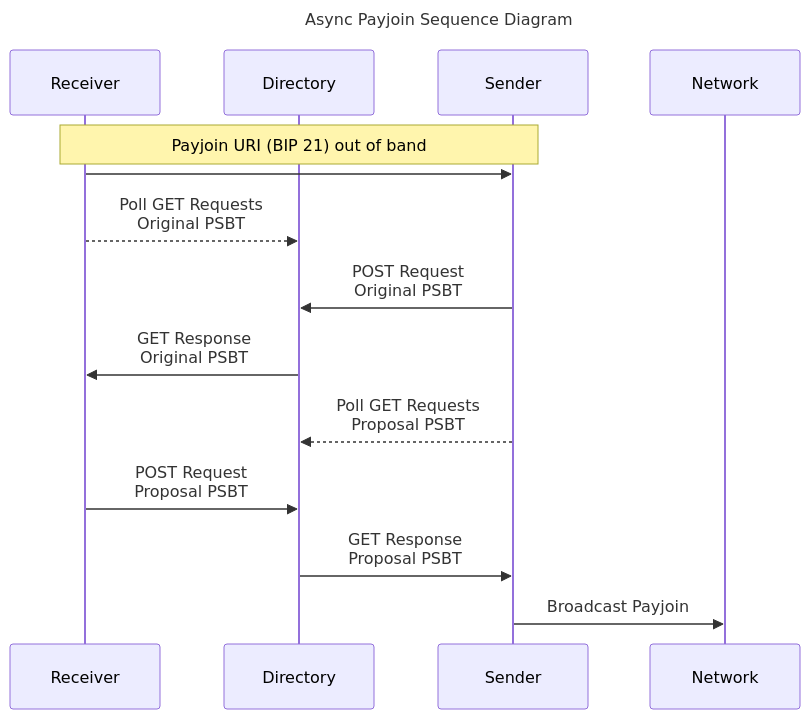
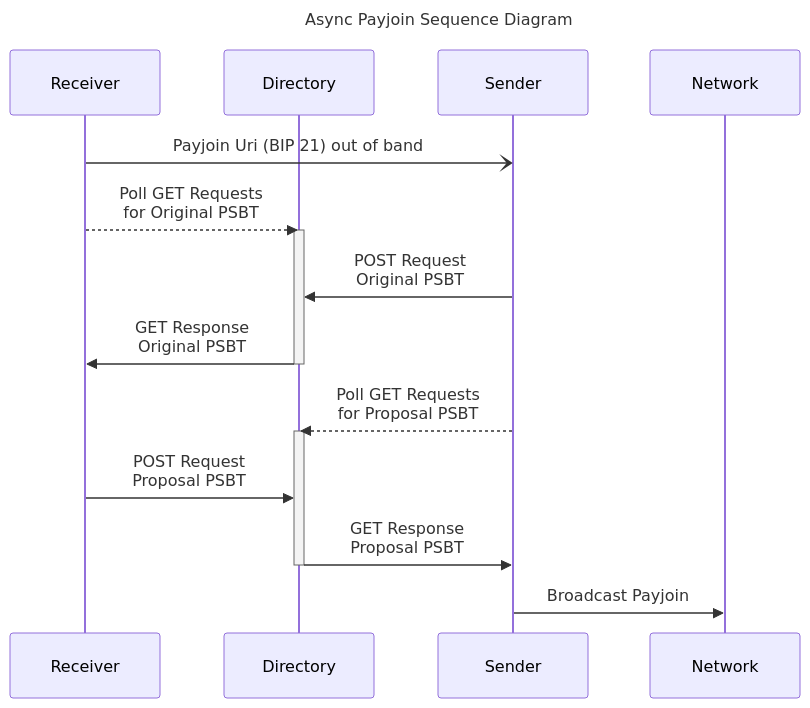
Before and after one commit to bitcoin/bips: the first of 2 diagrams in bip-0077.md, drawn with Mermaid.

Commit message:
Add activation to sequence

````diff
--- a/bip-0077.md
+++ b/bip-0077.md
@@ -110,19 +110,24 @@
 ```mermaid
 sequenceDiagram
     title Async Payjoin Sequence Diagram
     participant R as Receiver
     participant D as Directory
     participant S as Sender
     participant N as Network
 
-        
-    Note over R,S: Payjoin URI (BIP 21) out of band
-    R->>S: 
-    R-->>D: Poll GET Requests<br/>Original PSBT
+    R-)S:  Payjoin Uri (BIP 21) out of band
+    
+    R-->>D: Poll GET Requests<br/>for Original PSBT
+    activate D 
     S->>D: POST Request<br/>Original PSBT
     D->>R: GET Response<br/>Original PSBT
-    S-->>D: Poll GET Requests<br/>Proposal PSBT
+    deactivate D
+
+    S-->>D: Poll GET Requests<br/>for Proposal PSBT
+    activate D
     R->>D: POST Request<br/>Proposal PSBT
     D->>S: GET Response<br/>Proposal PSBT
+    deactivate D
+
     S->>N: Broadcast Payjoin
 ```
````
